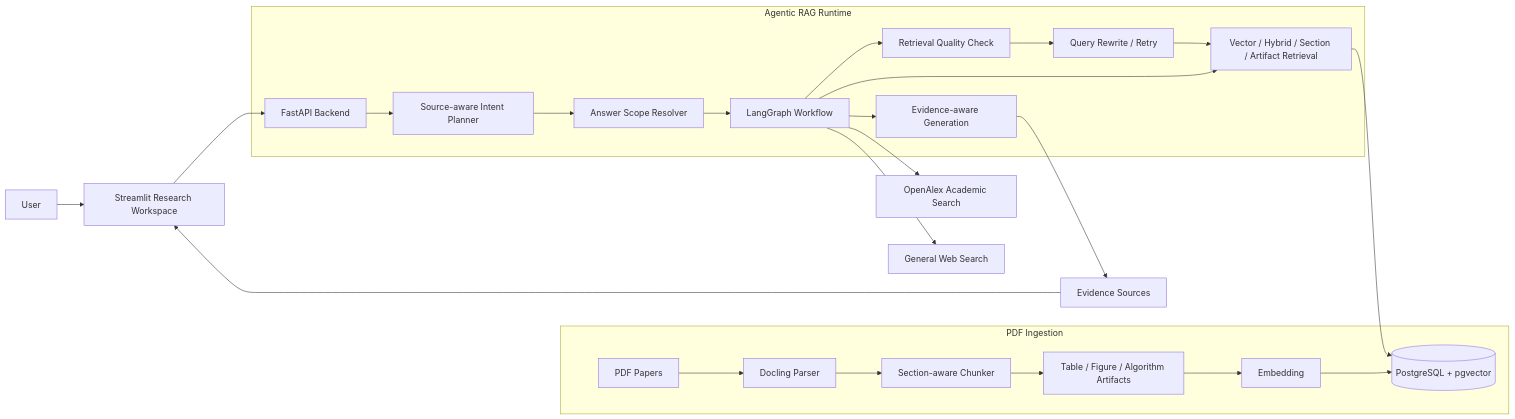
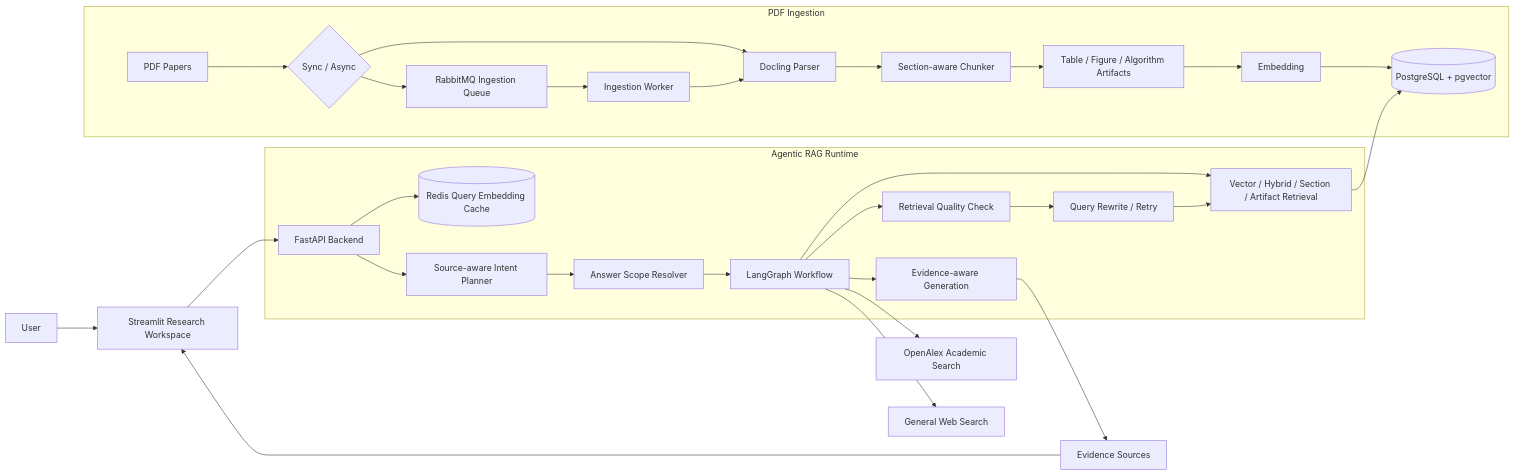
One commit to zebir-sir/agentic-rag-paper-assistant changed the first of 3 diagrams in README.md. Above: the diagram before and after it, drawn with Mermaid. The commit also changed other lines of this file and 28 other files, not shown here.

Commit message:
Improve ingestion pipeline with async tasks and caching

````diff
--- a/README.md
+++ b/README.md
@@ -97,30 +100,35 @@
 ```mermaid
 flowchart LR
     User[User] --> UI[Streamlit Research Workspace]
     UI --> API[FastAPI Backend]
 
     subgraph Ingestion[PDF Ingestion]
-        PDF[PDF Papers] --> Docling[Docling Parser]
+        PDF[PDF Papers] --> Mode{Sync / Async}
+        Mode --> Docling[Docling Parser]
+        Mode --> Queue[RabbitMQ Ingestion Queue]
+        Queue --> Worker[Ingestion Worker]
+        Worker --> Docling
         Docling --> Chunker[Section-aware Chunker]
         Chunker --> Artifact[Table / Figure / Algorithm Artifacts]
         Artifact --> Embed[Embedding]
         Embed --> Store[(PostgreSQL + pgvector)]
     end
 
     subgraph Runtime[Agentic RAG Runtime]
+        API --> Cache[(Redis Query Embedding Cache)]
         API --> Planner[Source-aware Intent Planner]
         Planner --> Scope[Answer Scope Resolver]
         Scope --> Graph[LangGraph Workflow]
         Graph --> Local[Vector / Hybrid / Section / Artifact Retrieval]
         Local --> Store
         Graph --> Quality[Retrieval Quality Check]
         Quality --> Rewrite[Query Rewrite / Retry]
         Rewrite --> Local
         Graph --> Generate[Evidence-aware Generation]
     end
 
     Graph --> OpenAlex[OpenAlex Academic Search]
     Graph --> Web[General Web Search]
     Generate --> Sources[Evidence Sources]
     Sources --> UI
 ```
````
